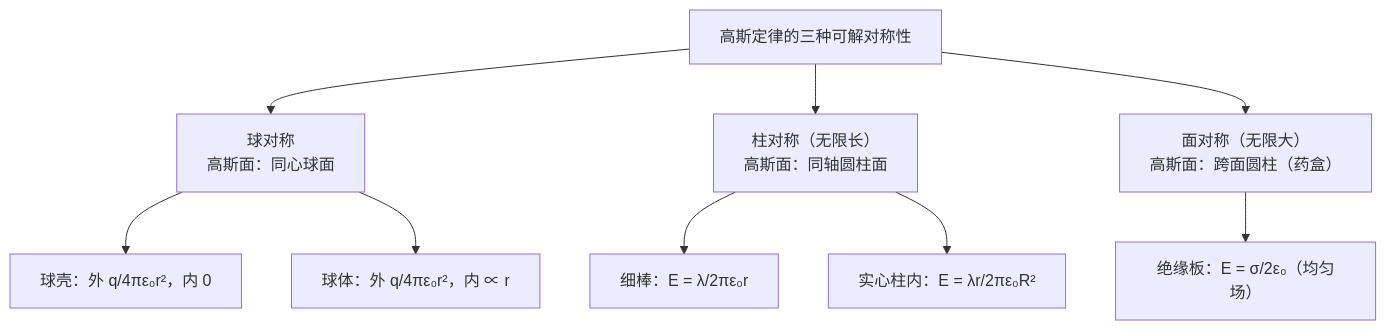
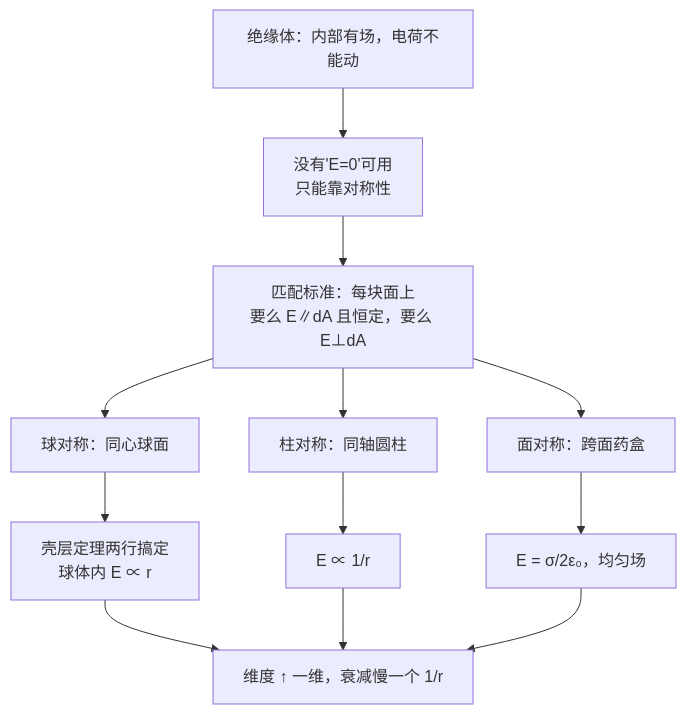
Before and after one commit to KayeAdams515/ClaudeNotes: the first of 3 diagrams in 物理/C23.4 对称带电绝缘体的电场.md, drawn with Mermaid. The commit also changed other lines of this file and 74 other files, not shown here.

````diff
--- a/物理/C23.4 对称带电绝缘体的电场.md
+++ b/物理/C23.4 对称带电绝缘体的电场.md
@@ -15,11 +21,14 @@
 ```mermaid
 graph TD
-    A["高斯定律的三种可解对称性"] --> B["球对称<br/>高斯面：同心球面"]
-    A --> C["柱对称（无限长）<br/>高斯面：同轴圆柱面"]
-    A --> D["面对称（无限大）<br/>高斯面：跨面圆柱（药盒）"]
-    B --> B1["球壳：外 q/4πε₀r²，内 0"]
-    B --> B2["球体：外 q/4πε₀r²，内 ∝ r"]
-    C --> C1["细棒：E = λ/2πε₀r"]
-    C --> C2["实心柱内：E = λr/2πε₀R²"]
-    D --> D1["绝缘板：E = σ/2ε₀（均匀场）"]
+    A["绝缘体：内部有场，电荷不能动"] --> B["没有'E=0'可用<br/>只能靠对称性"]
+    B --> C["匹配标准：每块面上<br/>要么 E∥dA 且恒定，要么 E⊥dA"]
+    C --> D["球对称：同心球面"]
+    C --> E["柱对称：同轴圆柱"]
+    C --> F["面对称：跨面药盒"]
+    D --> D1["壳层定理两行搞定<br/>球体内 E ∝ r"]
+    E --> E1["E ∝ 1/r"]
+    F --> F1["E = σ/2ε₀，均匀场"]
+    D1 --> G["维度 ↑ 一维，衰减慢一个 1/r"]
+    E1 --> G
+    F1 --> G
 ```
````
